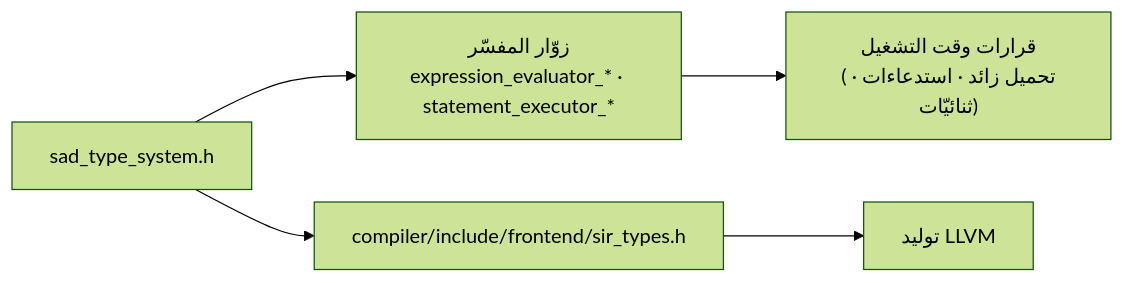
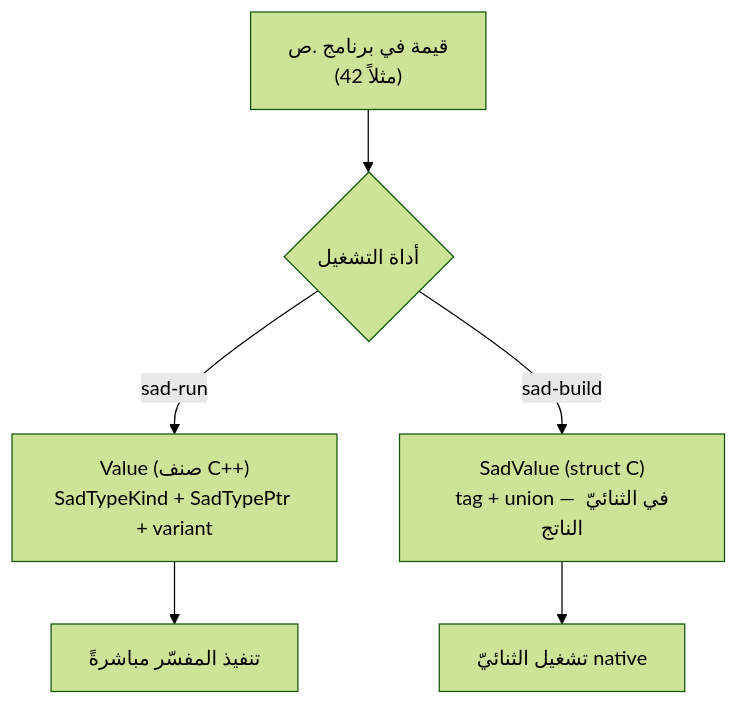
Before and after one commit to sadlang/dev-guide: the fourth of 6 diagrams in src/systems/types.md, drawn with Mermaid (forest theme). The commit also changed other lines of this file, not shown here.

````diff
--- a/src/systems/types.md
+++ b/src/systems/types.md
@@ -138,7 +135,8 @@
 ```mermaid
-flowchart LR
-  TS["sad_type_system.h"] --> EVAL["زوّار المفسّر<br/>expression_evaluator_* · statement_executor_*"]
-  TS --> SIR["compiler/include/frontend/sir_types.h"]
-  EVAL --> RT["قرارات وقت التشغيل<br/>(تحميل زائد · استدعاءات · ثنائيّات)"]
-  SIR --> LLVM["توليد LLVM"]
+flowchart TD
+  SRC["قيمة في برنامج .ص<br/>(مثلاً 42)"] --> Q{أداة التشغيل}
+  Q -->|sad-run| V["Value (صنف C++)<br/>SadTypeKind + SadTypePtr + variant"]
+  Q -->|sad-build| C["SadValue (struct C)<br/>tag + union — في الثنائيّ الناتج"]
+  V --> INT["تنفيذ المفسّر مباشرةً"]
+  C --> BIN["تشغيل الثنائيّ native"]
 ```
````
